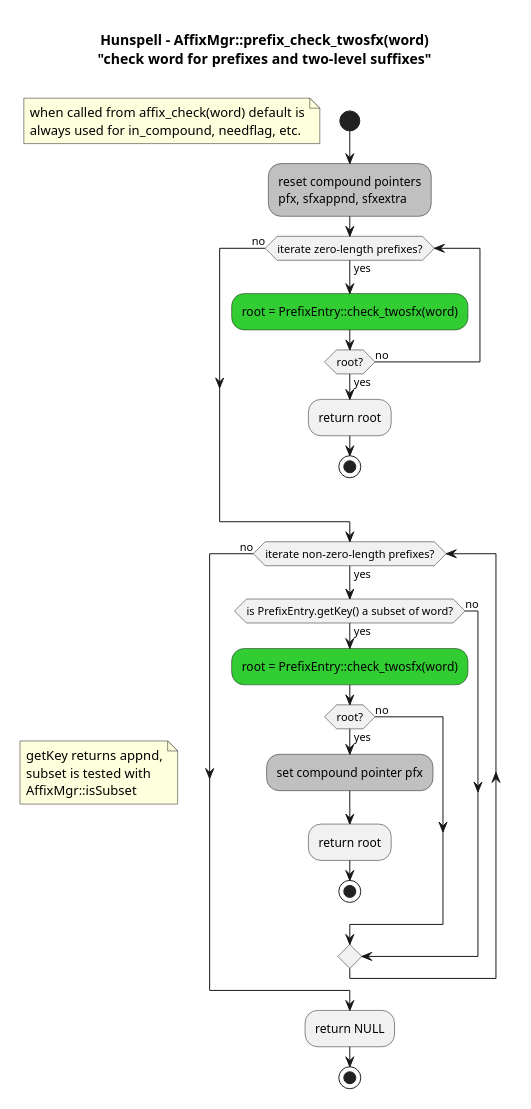
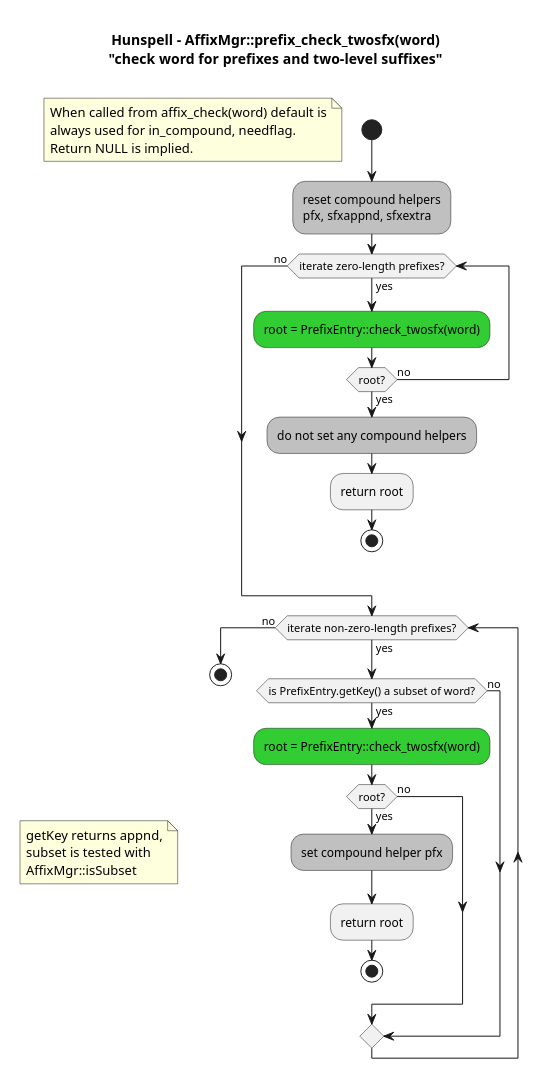
The diagram in uml/plantuml/prefix-check-twosfx-activity-diagram.pu (nuspell/misc-nuspell), drawn with PlantUML before and after one commit. The commit also changed 9 other files, not shown here.

Commit message:
documentation of check_affix methods

```diff
--- a/uml/plantuml/prefix-check-twosfx-activity-diagram.pu
+++ b/uml/plantuml/prefix-check-twosfx-activity-diagram.pu
@@ -1,36 +1,36 @@
 @startuml
 skinparam backgroundcolor White|White
 
 title Hunspell - AffixMgr::prefix_check_twosfx(word)\n"check word for prefixes and two-level suffixes"\n
 
 start
-floating note: when called from affix_check(word) default is\nalways used for in_compound, needflag, etc.
+floating note: When called from affix_check(word) default is\nalways used for in_compound, needflag.\nReturn NULL is implied.
 
-#silver:reset compound pointers\npfx, sfxappnd, sfxextra;
+#silver:reset compound helpers\npfx, sfxappnd, sfxextra;
 while (iterate zero-length prefixes?) is (yes)
 	#limegreen:root = PrefixEntry::check_twosfx(word);
 	if (root?) then (yes)
+		#silver:do not set any compound helpers;
 		:return root;
 		stop
 	else (no)
 	endif
 endwhile (no)
 
 while (iterate non-zero-length prefixes?) is (yes)
 	floating note: getKey returns appnd,\nsubset is tested with\nAffixMgr::isSubset
 	if (is PrefixEntry.getKey() a subset of word?) then (yes)
 		#limegreen:root = PrefixEntry::check_twosfx(word);
 		if (root?) then (yes)
-			#silver:set compound pointer pfx;
+			#silver:set compound helper pfx;
 			:return root;
 			stop
 		else (no)
 		endif
 	else (no)
 	endif
 endwhile (no)
 
-:return NULL;
 stop
 
 @enduml
```
